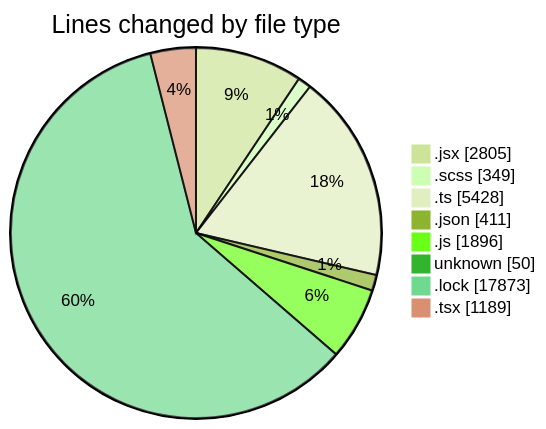
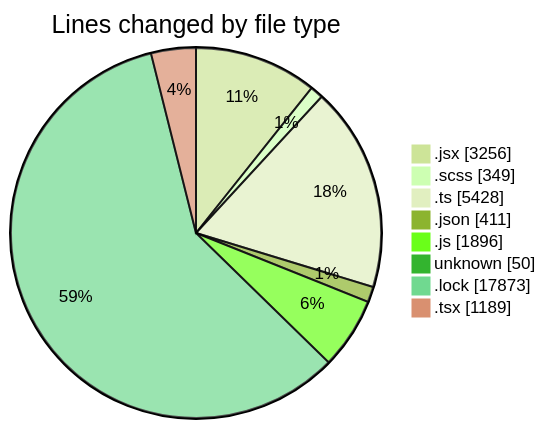
Before and after one commit to momahboobian/code-tracking: the first of 2 diagrams in 2026-09-01/cda/README.md, drawn with Mermaid (forest theme). The commit also changed other lines of this file and 1 other file, not shown here.

````diff
--- a/2026-09-01/cda/README.md
+++ b/2026-09-01/cda/README.md
@@ -77,12 +77,12 @@
 ```mermaid
 pie showData
 title Lines changed by file type
-".jsx" : 2805
+".jsx" : 3256
 ".scss" : 349
 ".ts" : 5428
 ".json" : 411
 ".js" : 1896
 "unknown" : 50
 ".lock" : 17873
 ".tsx" : 1189
 ```
````
